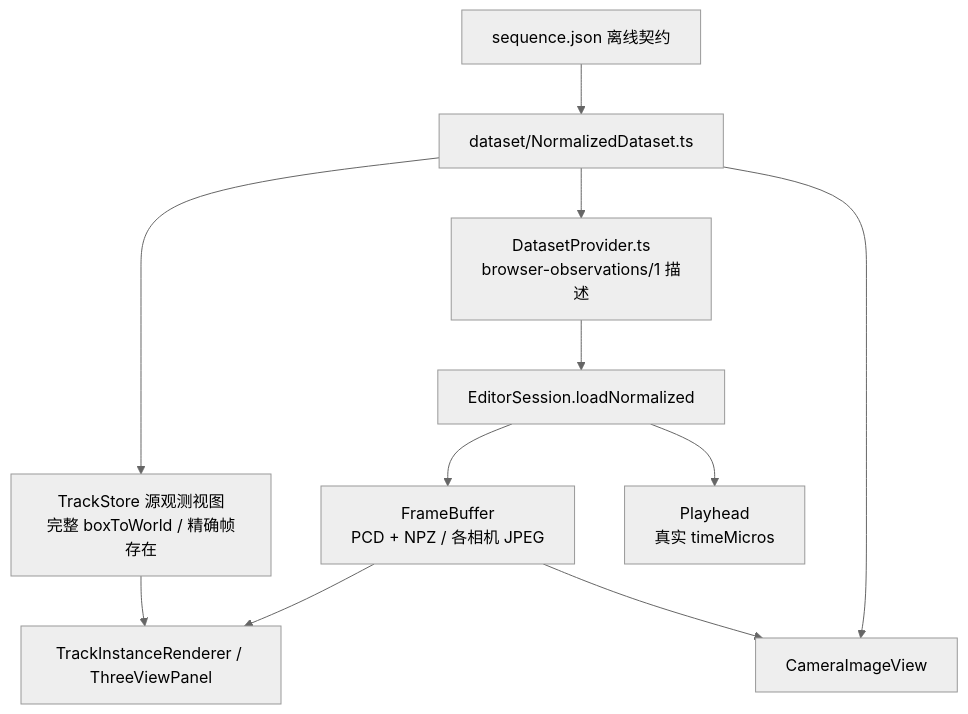
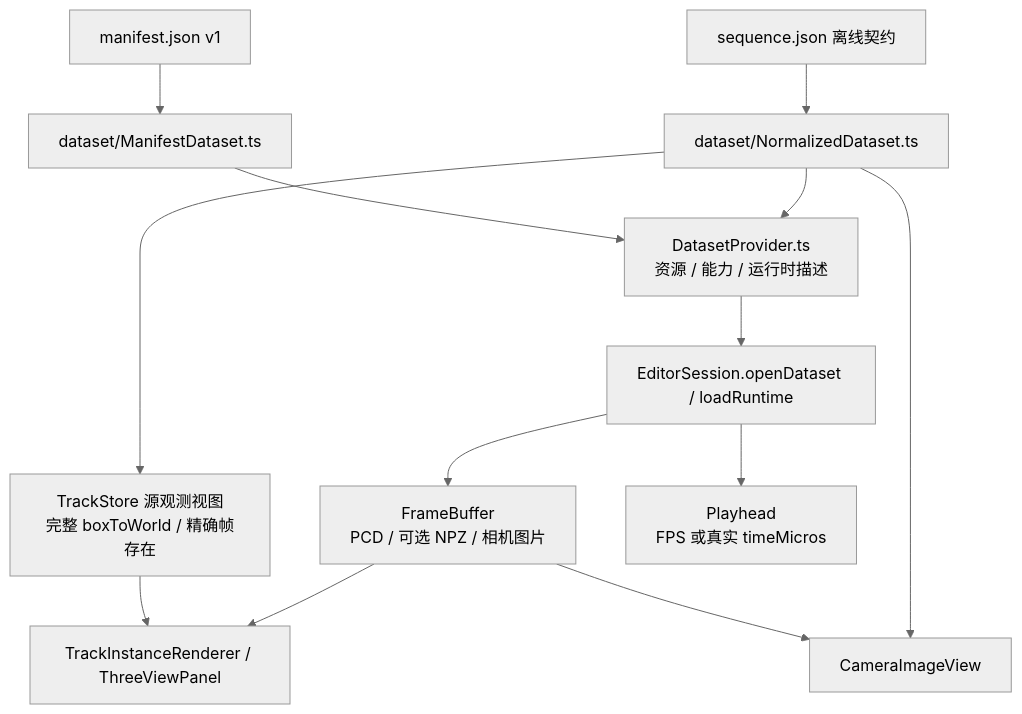
Before and after one commit to label4d/label4d: the fourth of 4 diagrams in docs/architecture.md, drawn with Mermaid (neutral theme). The commit also changed other lines of this file and 12 other files, not shown here.

Commit message:
refactor(dataset): unify v1 and normalized resource providers

````diff
--- a/docs/architecture.md
+++ b/docs/architecture.md
@@ -116,13 +119,15 @@
 ```mermaid
 flowchart TD
   index[sequence.json 离线契约] --> adapter[dataset/NormalizedDataset.ts]
-  adapter --> runtime[DatasetProvider.ts<br/>browser-observations/1 描述]
+  manifest[manifest.json v1] --> legacy[dataset/ManifestDataset.ts]
+  legacy --> runtime[DatasetProvider.ts<br/>资源 / 能力 / 运行时描述]
+  adapter --> runtime
   adapter --> observations[TrackStore 源观测视图<br/>完整 boxToWorld / 精确帧存在]
-  runtime --> session[EditorSession.loadNormalized]
-  session --> buffers[FrameBuffer<br/>PCD + NPZ / 各相机 JPEG]
-  session --> clock[Playhead<br/>真实 timeMicros]
+  runtime --> session[EditorSession.openDataset / loadRuntime]
+  session --> buffers[FrameBuffer<br/>PCD / 可选 NPZ / 相机图片]
+  session --> clock[Playhead<br/>FPS 或真实 timeMicros]
   observations --> render[TrackInstanceRenderer / ThreeViewPanel]
   buffers --> render
   buffers --> camera[CameraImageView]
   adapter --> camera
 ```
````
